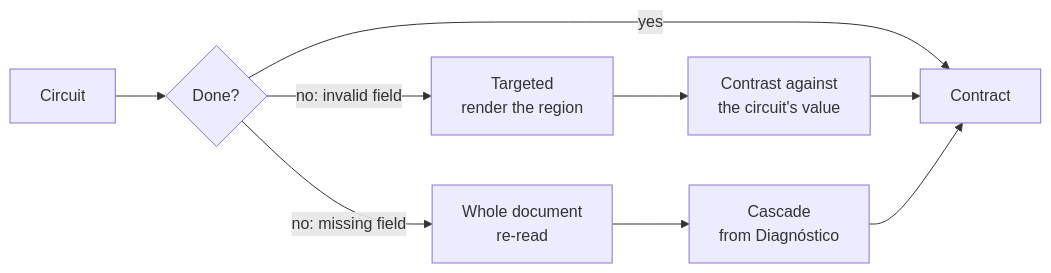
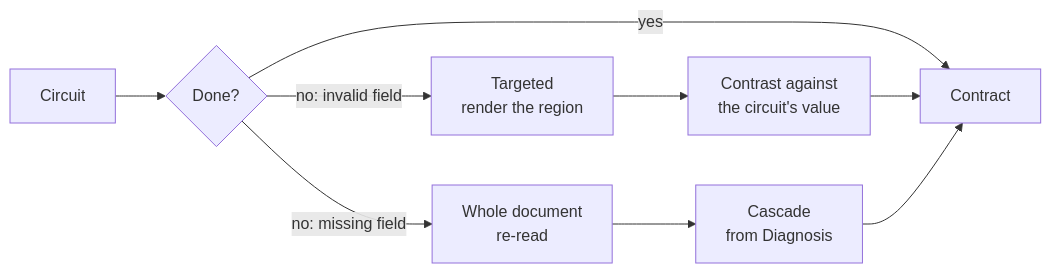
The fourth of 4 diagrams in workflow.md (mariogarcia-ar/docflow), drawn with Mermaid before and after one commit. The commit also changed other lines of this file and 1 other file, not shown here.

````diff
--- a/workflow.md
+++ b/workflow.md
@@ -182,11 +246,11 @@
 ```mermaid
 graph LR
     A["Circuit"] --> B{"Done?"}
     B -->|"yes"| C["Contract"]
     B -->|"no: invalid field"| D["Targeted<br/>render the region"]
     B -->|"no: missing field"| E["Whole document<br/>re-read"]
     D --> F["Contrast against<br/>the circuit's value"]
-    E --> G["Cascade<br/>from Diagnóstico"]
+    E --> G["Cascade<br/>from Diagnosis"]
     F --> C
     G --> C
 ```
````
